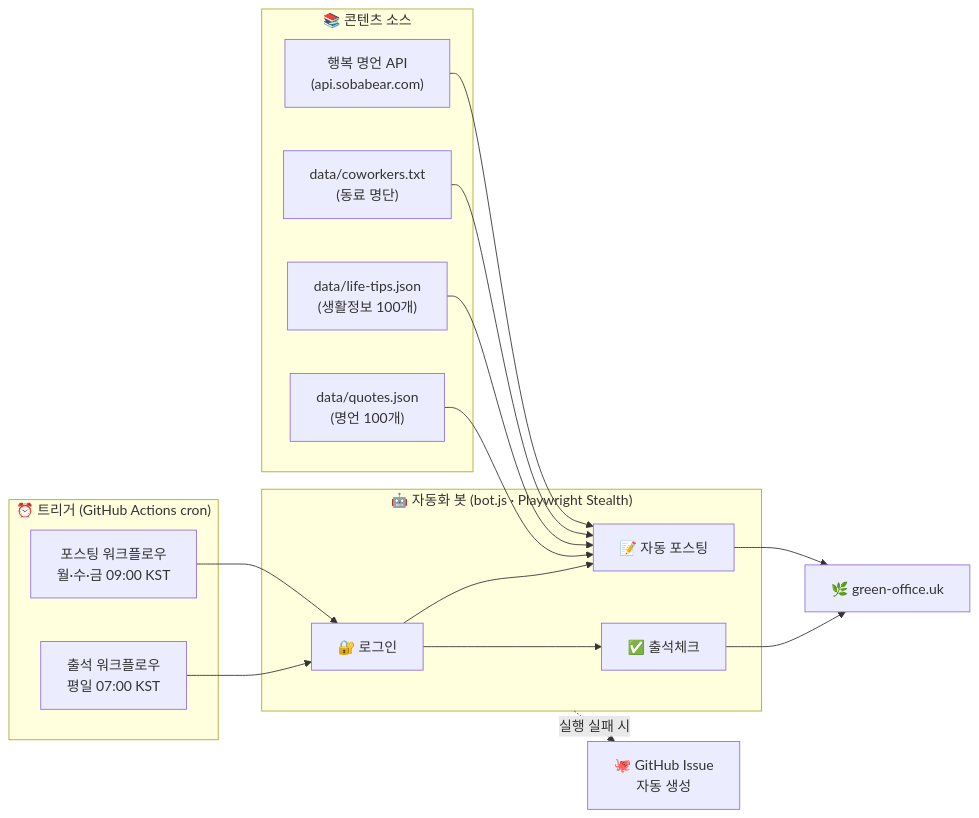
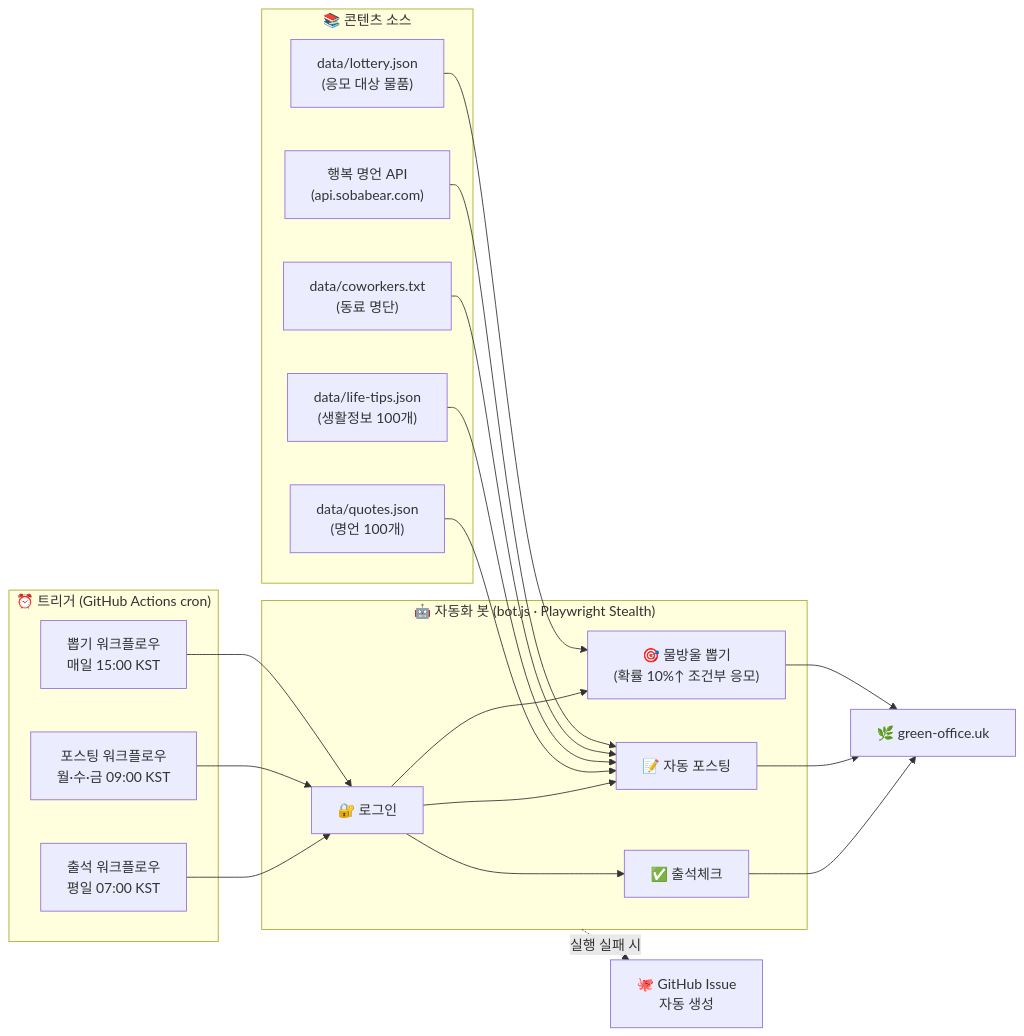
One commit to leemgs/green-office-agent changed the first of 3 diagrams in README.md. Above: the diagram before and after it, drawn with Mermaid. The commit also changed other lines of this file and 4 other files, not shown here.

First line of the commit message:
feat: 물방울 뽑기 조건부 자동 응모 (매일 15시)

````diff
--- a/README.md
+++ b/README.md
@@ -11,35 +11,42 @@
 ```mermaid
 flowchart LR
     subgraph TRIGGER["⏰ 트리거 (GitHub Actions cron)"]
         A1["출석 워크플로우<br/>평일 07:00 KST"]
         A2["포스팅 워크플로우<br/>월·수·금 09:00 KST"]
+        A3["뽑기 워크플로우<br/>매일 15:00 KST"]
     end
 
     subgraph SRC["📚 콘텐츠 소스"]
         Q["data/quotes.json<br/>(명언 100개)"]
         L["data/life-tips.json<br/>(생활정보 100개)"]
         C["data/coworkers.txt<br/>(동료 명단)"]
+        LOT["data/lottery.json<br/>(응모 대상 물품)"]
         API["행복 명언 API<br/>(api.sobabear.com)"]
     end
 
     subgraph BOT["🤖 자동화 봇 (bot.js · Playwright Stealth)"]
         LOGIN["🔐 로그인"]
         ATT["✅ 출석체크"]
         POST["📝 자동 포스팅"]
+        GACHA["🎯 물방울 뽑기<br/>(확률 10%↑ 조건부 응모)"]
         LOGIN --> ATT
         LOGIN --> POST
+        LOGIN --> GACHA
     end
 
     SITE["🌿 green-office.uk"]
     ISSUE["🐙 GitHub Issue<br/>자동 생성"]
 
     A1 --> LOGIN
     A2 --> LOGIN
+    A3 --> LOGIN
     Q --> POST
     L --> POST
     C --> POST
     API --> POST
+    LOT --> GACHA
     ATT --> SITE
     POST --> SITE
+    GACHA --> SITE
     BOT -. 실행 실패 시 .-> ISSUE
 ```
````
